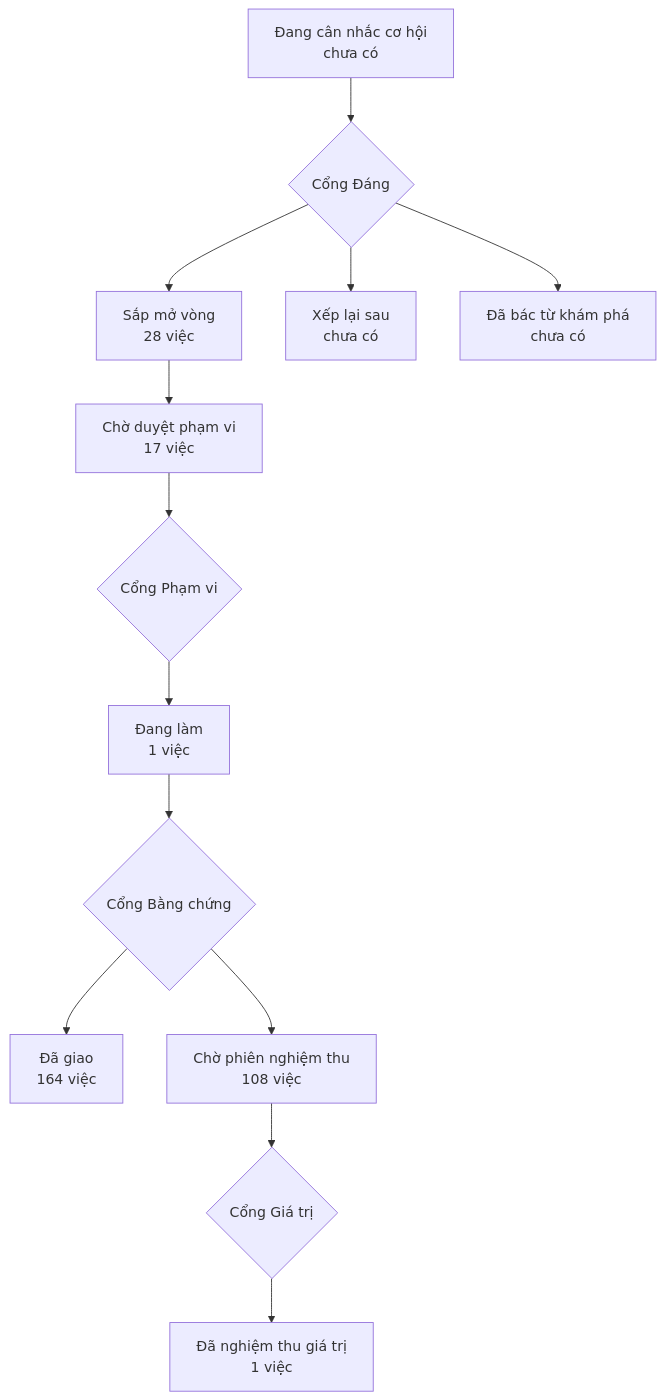
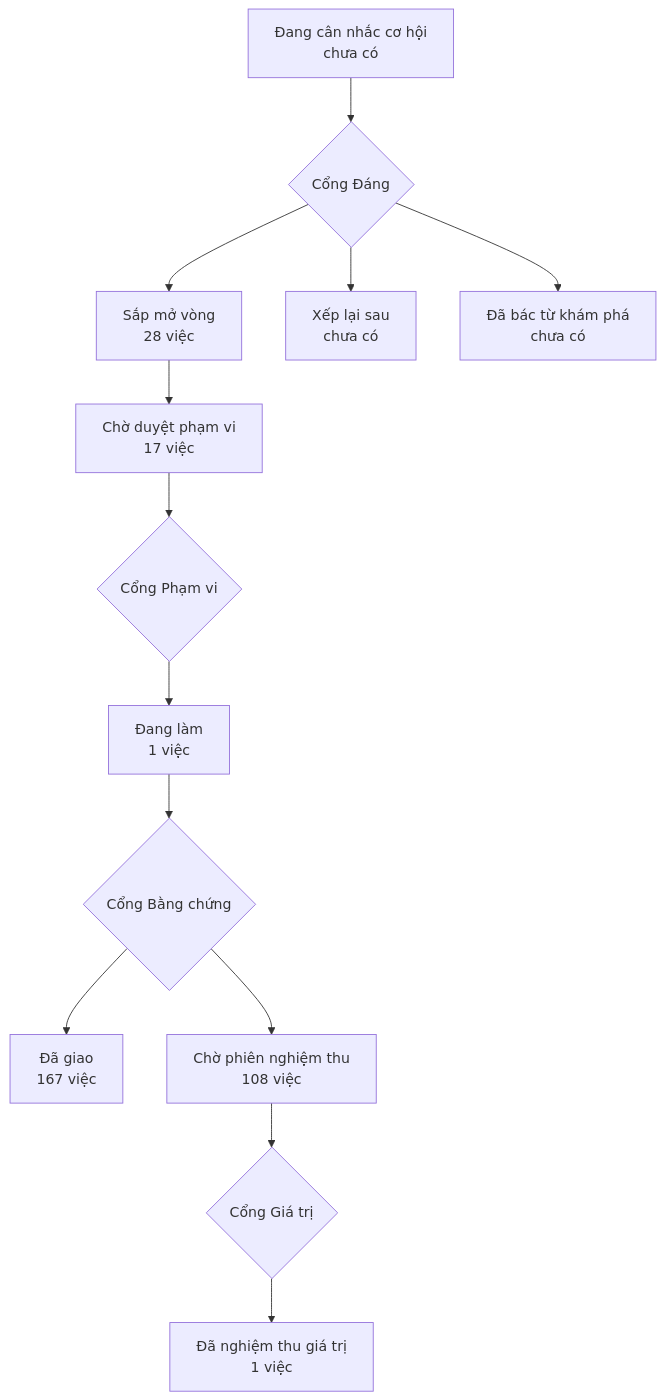
Before and after one commit to phanlemanh/onehub-invest: the diagram in PRODUCT-MAP.md, drawn with Mermaid. The commit also changed other lines of this file and 1 other file, not shown here.

````diff
--- a/PRODUCT-MAP.md
+++ b/PRODUCT-MAP.md
@@ -7,12 +7,12 @@
 ```mermaid
 flowchart TD
   A["Đang cân nhắc cơ hội<br/>chưa có"] --> GD{"Cổng Đáng"}
   GD --> B["Sắp mở vòng<br/>28 việc"]
   GD --> XL["Xếp lại sau<br/>chưa có"]
   GD --> DB["Đã bác từ khám phá<br/>chưa có"]
   B --> CD["Chờ duyệt phạm vi<br/>17 việc"] --> GP{"Cổng Phạm vi"}
   GP --> DL["Đang làm<br/>1 việc"] --> GB{"Cổng Bằng chứng"}
-  GB --> DG["Đã giao<br/>164 việc"]
+  GB --> DG["Đã giao<br/>167 việc"]
   GB --> CN["Chờ phiên nghiệm thu<br/>108 việc"] --> GG{"Cổng Giá trị"}
   GG --> NT["Đã nghiệm thu giá trị<br/>1 việc"]
 ```
````
